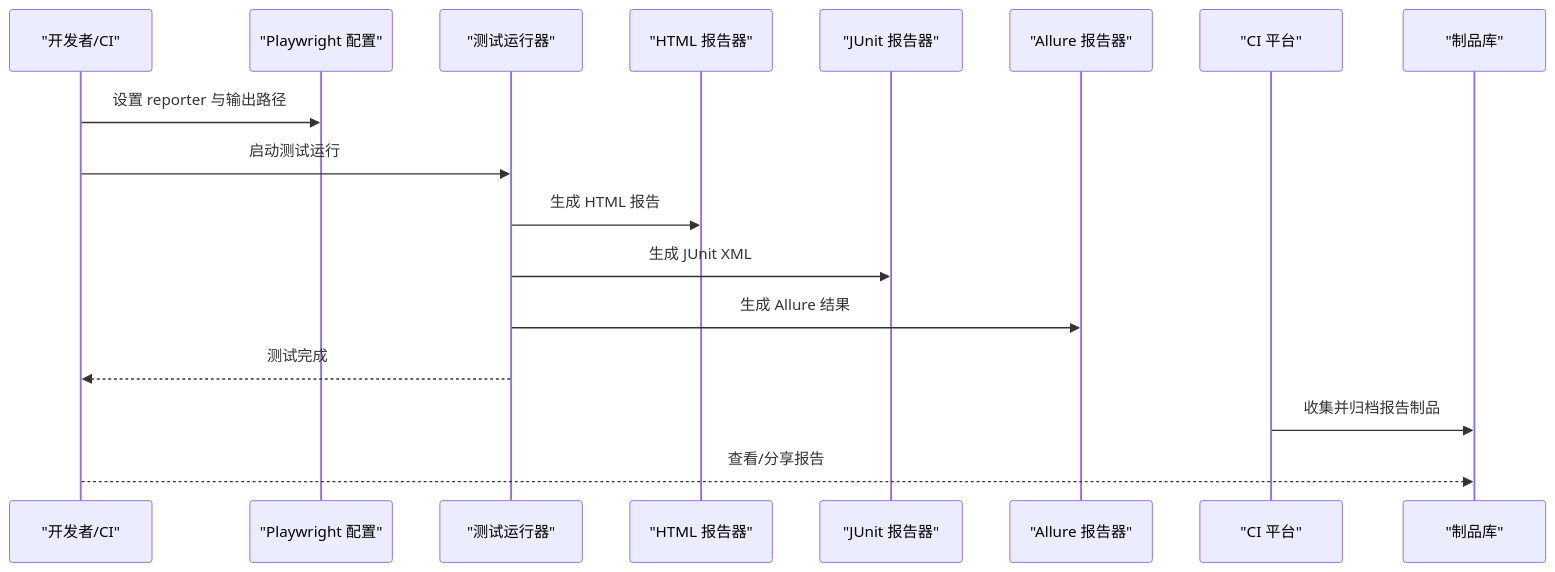
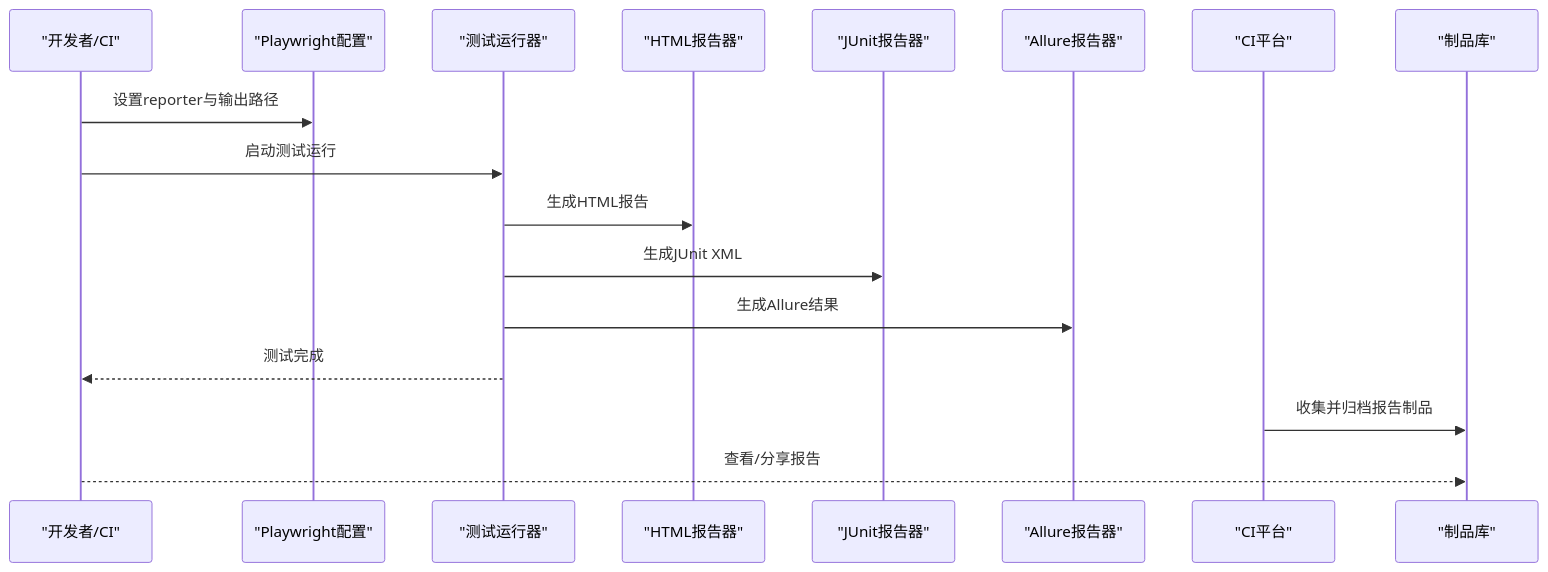
Before and after one commit to zzgoviziwind/--playwright: the second of 6 diagrams in .qoder/repowiki/zh/content/测试报告和监控/报告生成系统.md, drawn with Mermaid. The commit also changed other lines of this file and 112 other files, not shown here.

````diff
--- a/.qoder/repowiki/zh/content/测试报告和监控/报告生成系统.md
+++ b/.qoder/repowiki/zh/content/测试报告和监控/报告生成系统.md
@@ -106,19 +113,19 @@
 ```mermaid
 sequenceDiagram
 participant Dev as "开发者/CI"
-participant PW as "Playwright 配置"
+participant PW as "Playwright配置"
 participant TR as "测试运行器"
-participant R_HTML as "HTML 报告器"
-participant R_JUnit as "JUnit 报告器"
-participant R_Allure as "Allure 报告器"
-participant CI as "CI 平台"
+participant R_HTML as "HTML报告器"
+participant R_JUnit as "JUnit报告器"
+participant R_Allure as "Allure报告器"
+participant CI as "CI平台"
 participant Art as "制品库"
-Dev->>PW : 设置 reporter 与输出路径
+Dev->>PW : 设置reporter与输出路径
 Dev->>TR : 启动测试运行
-TR->>R_HTML : 生成 HTML 报告
-TR->>R_JUnit : 生成 JUnit XML
-TR->>R_Allure : 生成 Allure 结果
+TR->>R_HTML : 生成HTML报告
+TR->>R_JUnit : 生成JUnit XML
+TR->>R_Allure : 生成Allure结果
 TR-->>Dev : 测试完成
 CI->>Art : 收集并归档报告制品
 Dev-->>Art : 查看/分享报告
 ```
````
